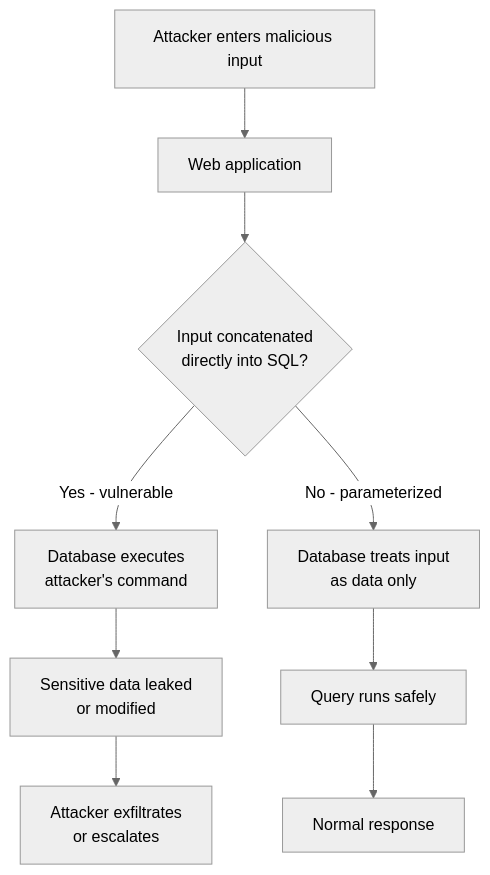
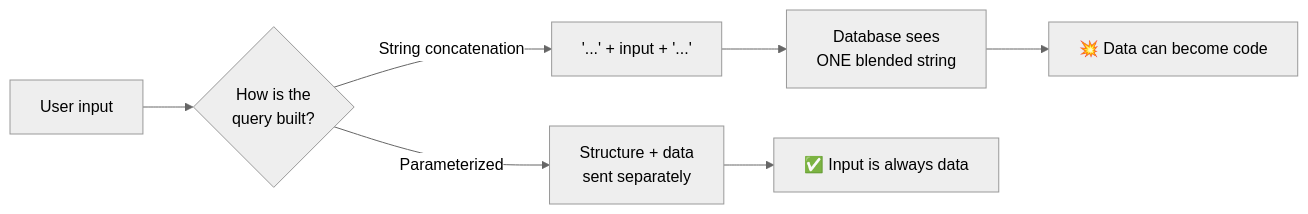
One commit to AbhisHub-12/ccsp changed the first of 5 diagrams in 03-professional-level-2/module-07-sql-injection.md. Above: the diagram before and after it, drawn with Mermaid (neutral theme). The commit also changed other lines of this file and 18 other files, not shown here.

````diff
--- a/03-professional-level-2/module-07-sql-injection.md
+++ b/03-professional-level-2/module-07-sql-injection.md
@@ -84,11 +50,9 @@
 ```mermaid
-flowchart TD
-    A[Attacker enters malicious input] --> B[Web application]
-    B --> C{Input concatenated<br/>directly into SQL?}
-    C -->|Yes - vulnerable| D[Database executes<br/>attacker's command]
-    C -->|No - parameterized| E[Database treats input<br/>as data only]
-    D --> F[Sensitive data leaked<br/>or modified]
-    E --> G[Query runs safely]
-    F --> H[Attacker exfiltrates<br/>or escalates]
-    G --> I[Normal response]
+flowchart LR
+    A[User input] --> B{How is the<br/>query built?}
+    B -->|String concatenation| C["'...' + input + '...'"]
+    C --> D[Database sees<br/>ONE blended string]
+    D --> E[💥 Data can become code]
+    B -->|Parameterized| F[Structure + data<br/>sent separately]
+    F --> G[✅ Input is always data]
 ```
````
